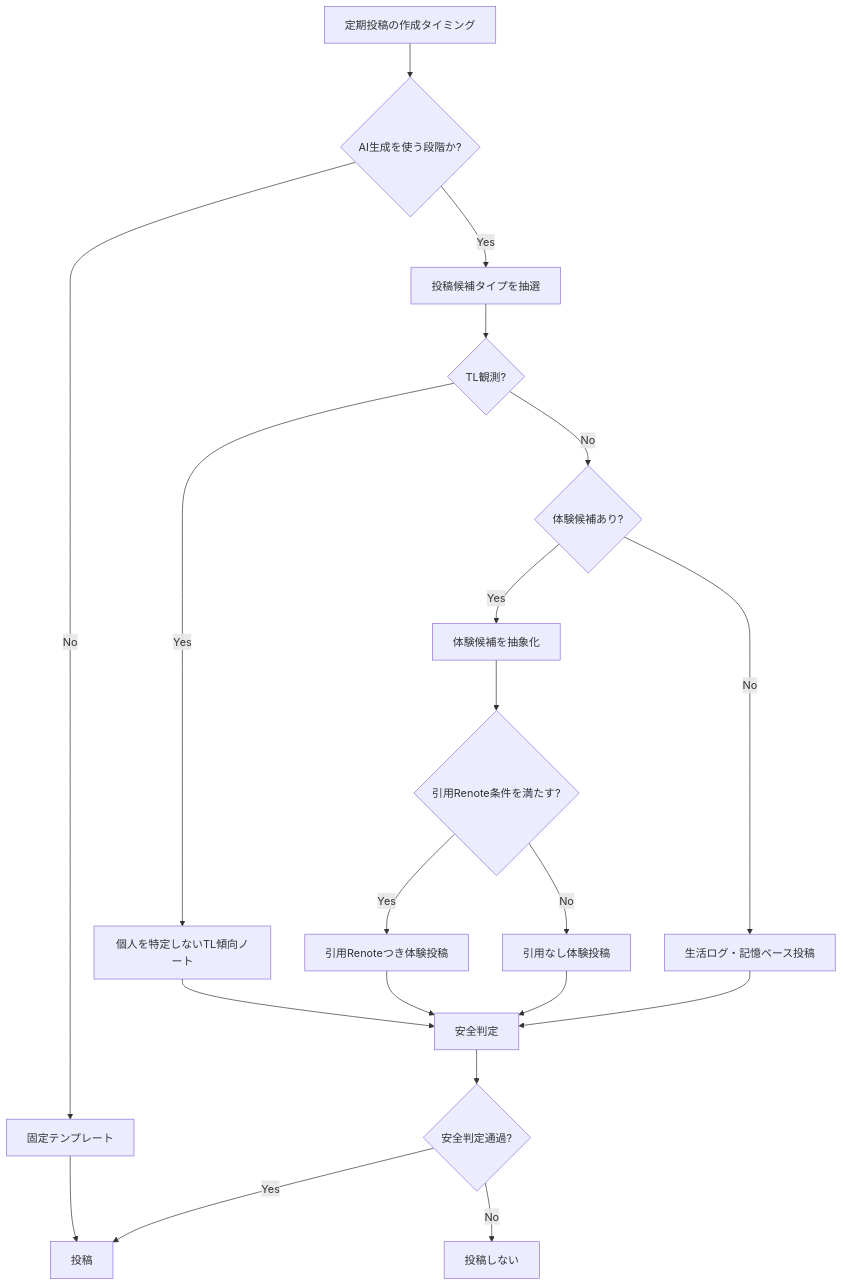
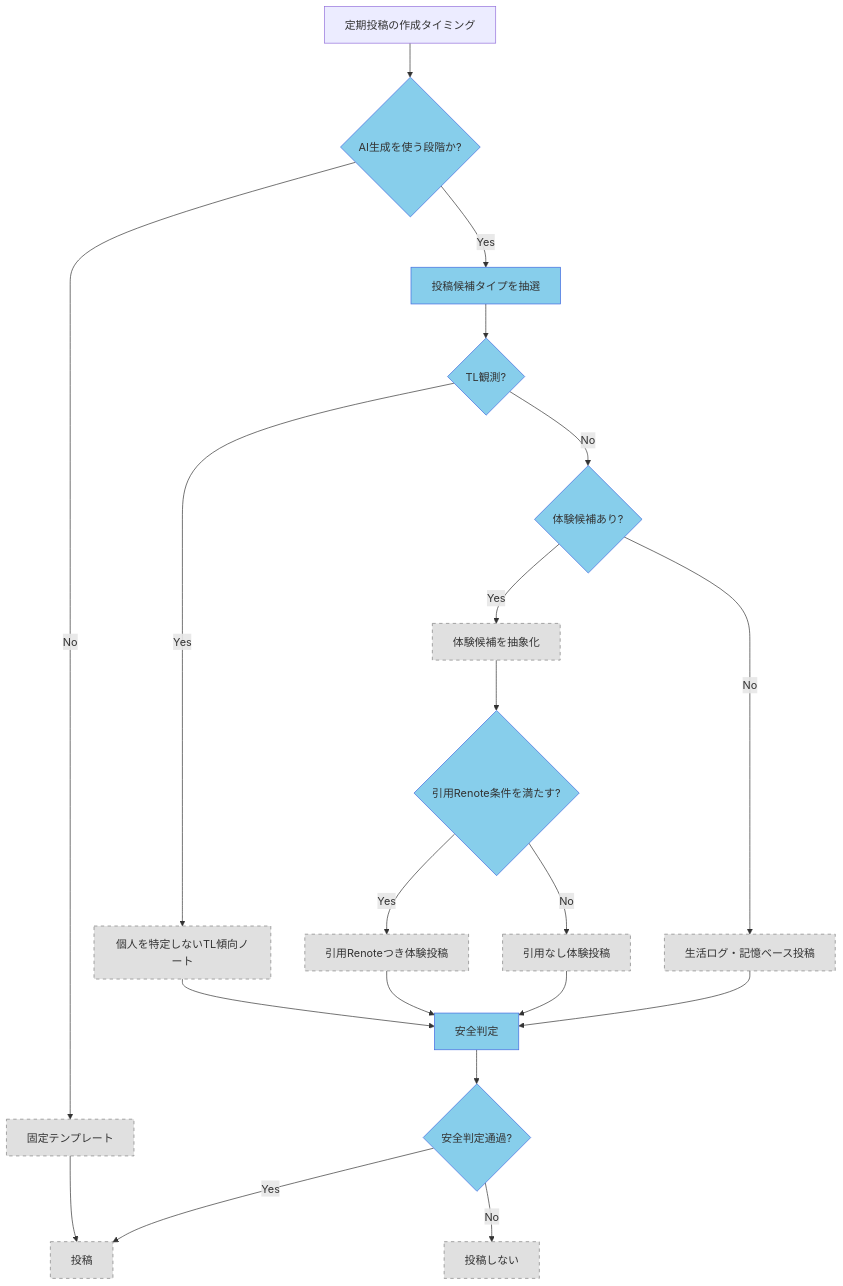
One commit to rohto4/io-bot-soul changed the third of 3 diagrams in docs/spec/posting-content-rules.md. Above: the diagram before and after it, drawn with Mermaid. The commit also changed other lines of this file and 1 other file, not shown here.

First line of the commit message:
docs(spec): add flowchart.md and update posting-content-rules

````diff
--- a/docs/spec/posting-content-rules.md
+++ b/docs/spec/posting-content-rules.md
@@ -89,22 +96,27 @@
 ```mermaid
 flowchart TD
-  A[定期投稿の作成タイミング] --> B{AI生成を使う段階か?}
-  B -- No --> C[固定テンプレート]
-  B -- Yes --> D[投稿候補タイプを抽選]
-  D --> E{TL観測?}
-  E -- Yes --> F[個人を特定しないTL傾向ノート]
-  E -- No --> G{体験候補あり?}
-  G -- Yes --> H[体験候補を抽象化]
-  H --> I{引用Renote条件を満たす?}
-  I -- Yes --> J[引用Renoteつき体験投稿]
-  I -- No --> K[引用なし体験投稿]
-  G -- No --> L[生活ログ・記憶ベース投稿]
-  F --> M[安全判定]
-  J --> M
-  K --> M
-  L --> M
-  C --> N[投稿]
-  M --> O{安全判定通過?}
-  O -- Yes --> N
-  O -- No --> P[投稿しない]
+    A[定期投稿の作成タイミング] --> B{AI生成を使う段階か?}:::decision
+    B -- No --> C[固定テンプレート]:::pending
+    B -- Yes --> D[投稿候補タイプを抽選]:::decision
+    D --> E{TL観測?}:::decision
+    E -- Yes --> F[個人を特定しないTL傾向ノート]:::pending
+    E -- No --> G{体験候補あり?}:::decision
+    G -- Yes --> H[体験候補を抽象化]:::pending
+    H --> I{引用Renote条件を満たす?}:::decision
+    I -- Yes --> J[引用Renoteつき体験投稿]:::pending
+    I -- No --> K[引用なし体験投稿]:::pending
+    G -- No --> L[生活ログ・記憶ベース投稿]:::pending
+    F --> M[安全判定]
+    J --> M
+    K --> M
+    L --> M
+    C --> N[投稿]
+    M --> O{安全判定通過?}:::decision
+    O -- Yes --> N
+    O -- No --> P[投稿しない]
+
+    classDef pending fill:#E0E0E0,stroke:#808080,stroke-dasharray: 5 5
+    classDef decision fill:#87CEEB,stroke:#4169E1
+    class C,F,H,J,K,L,N,P pending
+    class B,D,E,G,I,M,O decision
 ```
````
